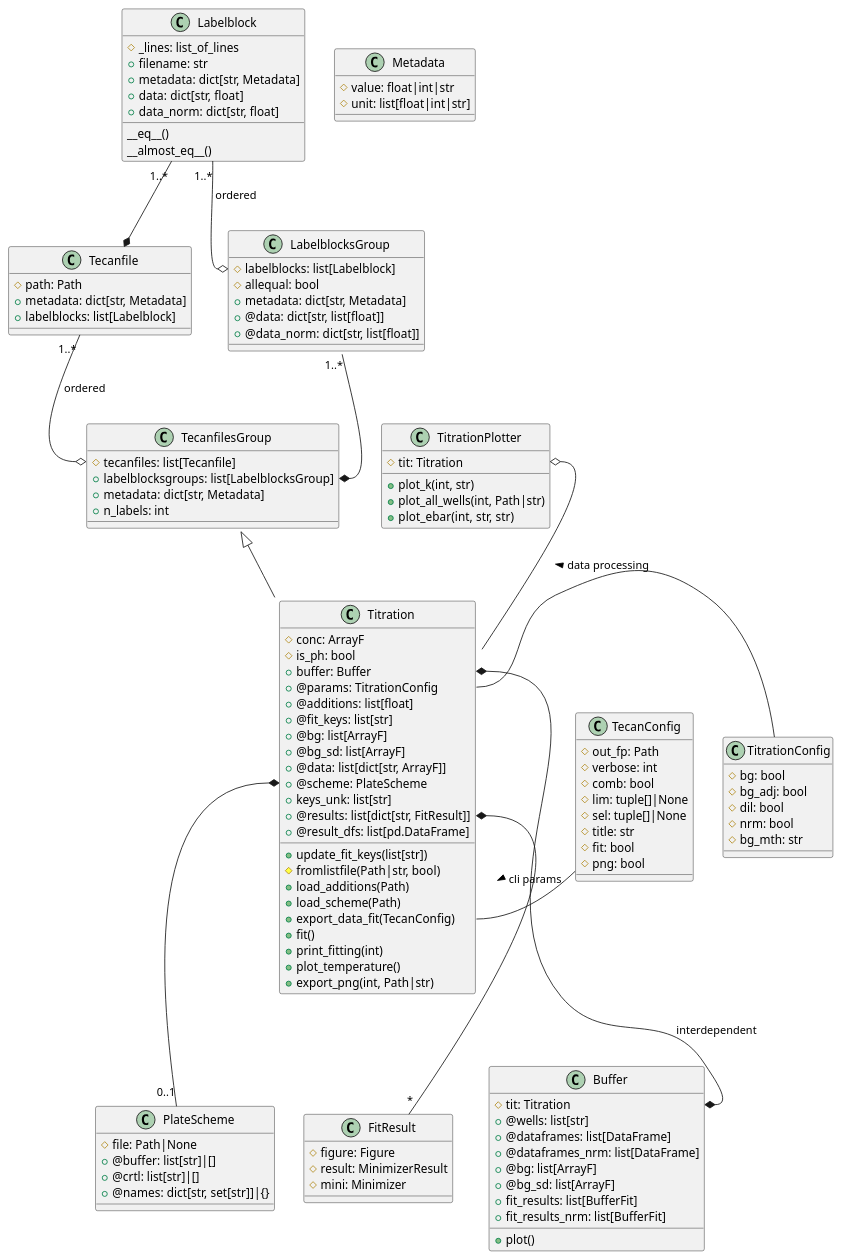
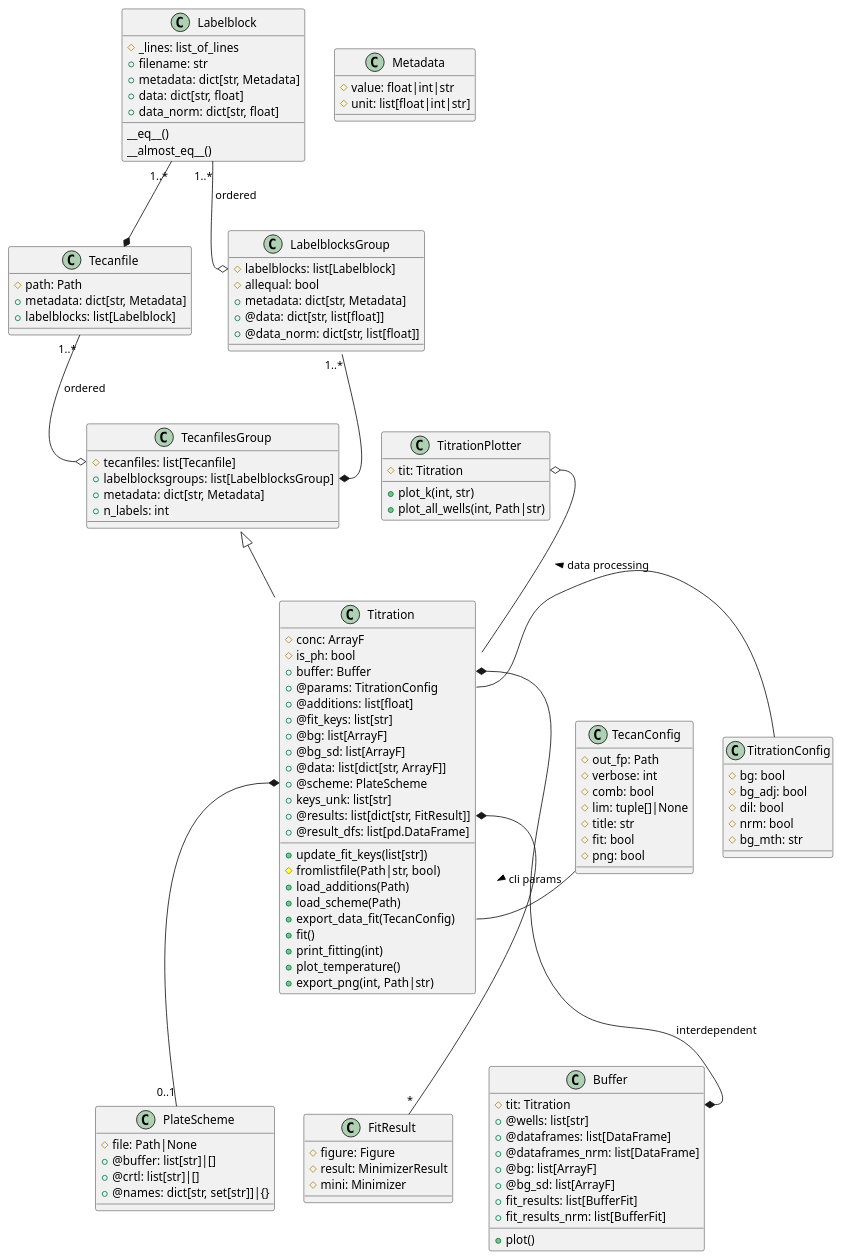
The diagram in docs/references/prtecan.uml.rst (darosio/ClopHfit), drawn with PlantUML before and after one commit. The commit also changed 5 other files, not shown here.

Commit message:
refactor(tecan): Remove ebar plot and sel option

```diff
--- a/docs/references/prtecan.uml.rst
+++ b/docs/references/prtecan.uml.rst
@@ -64,7 +64,6 @@
      #verbose: int
      #comb: bool
      #lim: tuple[]|None
-     #sel: tuple[]|None
      #title: str
      #fit: bool
      #png: bool
@@ -112,7 +111,6 @@
      #tit: Titration
 	 +plot_k(int, str)
 	 +plot_all_wells(int, Path|str)
-	 +plot_ebar(int, str, str)
    }
 
 
```
